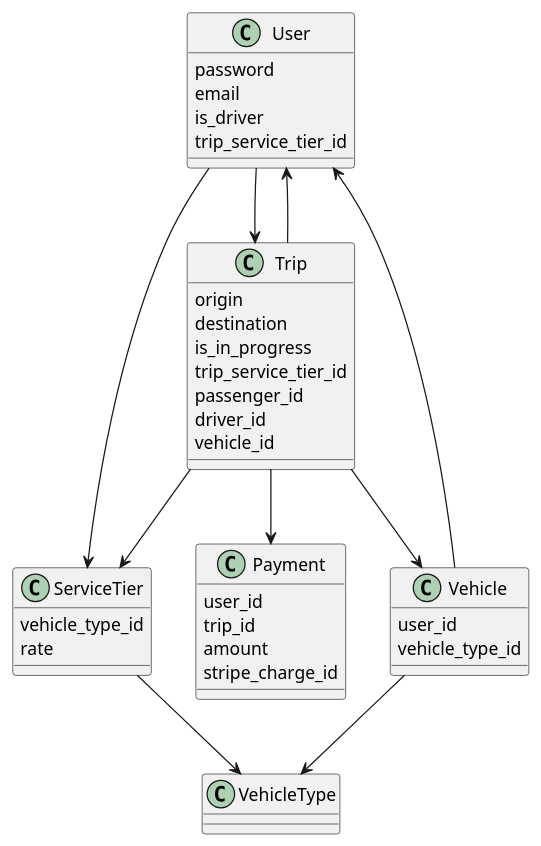
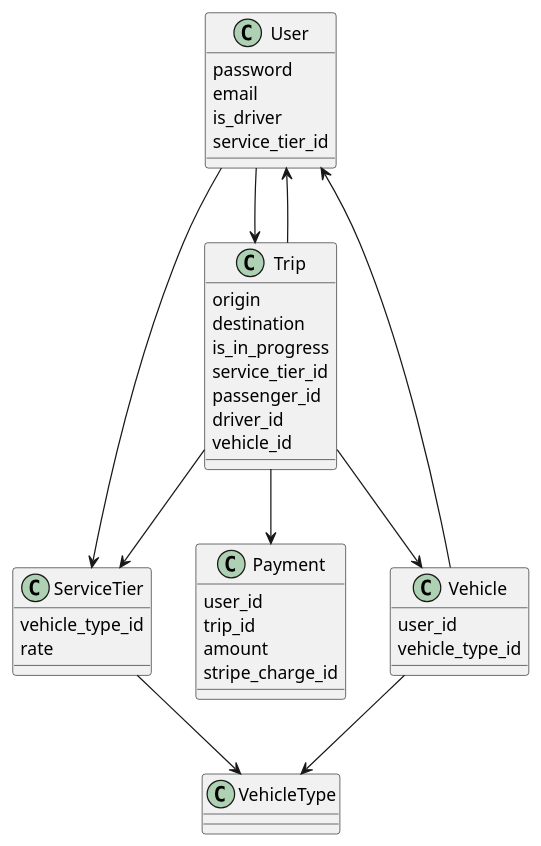
The diagram in diagrams/2-ride-tiers.plantuml (andrewhao/dddrail-talk), drawn with PlantUML before and after one commit. The commit also changed 7 other files, not shown here.

Commit message:
Normalize diagrams

```diff
--- a/diagrams/2-ride-tiers.plantuml
+++ b/diagrams/2-ride-tiers.plantuml
@@ -1,52 +1,52 @@
 @startuml
 skinparam shadowing false
 
 class User {
   password
   email
   is_driver
-  trip_service_tier_id
+  service_tier_id
 }
 
 class Trip {
   origin
   destination
   is_in_progress
-  trip_service_tier_id
+  service_tier_id
   passenger_id
   driver_id
   vehicle_id
 }
 
 class Payment {
   user_id
   trip_id
   amount
   stripe_charge_id
 }
 
 class Vehicle {
   user_id
   vehicle_type_id
 }
 
 class ServiceTier {
   vehicle_type_id
   rate
 }
 
 class VehicleType {
 }
 
 
 User --> Trip
 Trip --> User
 Trip --> Payment
 Trip --> ServiceTier
 Trip --> Vehicle
 ServiceTier --> VehicleType
 Vehicle --> VehicleType
 Vehicle --> User
 User --> ServiceTier
 
 @enduml
```
